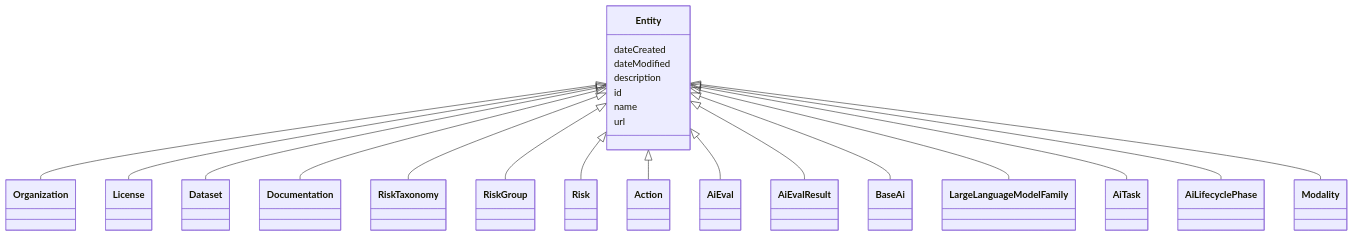
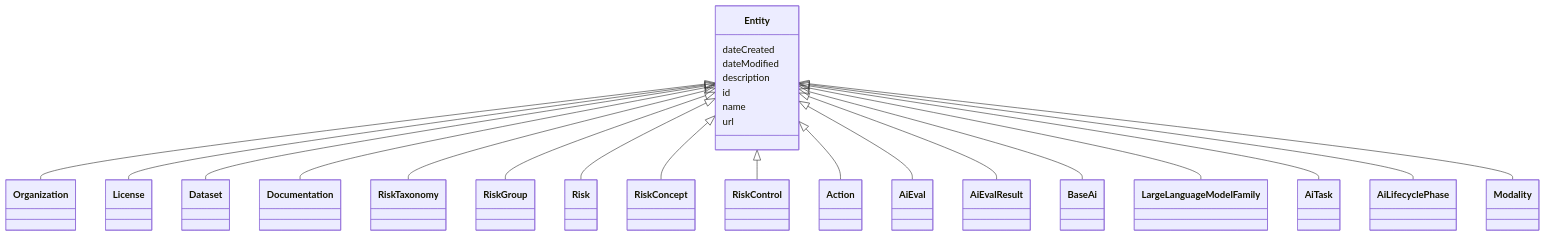
One commit to zrlfba/risk-atlas-nexus changed the diagram in docs/ontology/Entity.md. Above: the diagram before and after it, drawn with Mermaid. The commit also changed other lines of this file and 49 other files, not shown here.

````diff
--- a/docs/ontology/Entity.md
+++ b/docs/ontology/Entity.md
@@ -21,49 +21,53 @@
 ```mermaid
  classDiagram
     class Entity
     click Entity href "../Entity"
       Entity <|-- Organization
         click Organization href "../Organization"
       Entity <|-- License
         click License href "../License"
       Entity <|-- Dataset
         click Dataset href "../Dataset"
       Entity <|-- Documentation
         click Documentation href "../Documentation"
       Entity <|-- RiskTaxonomy
         click RiskTaxonomy href "../RiskTaxonomy"
       Entity <|-- RiskGroup
         click RiskGroup href "../RiskGroup"
       Entity <|-- Risk
         click Risk href "../Risk"
+      Entity <|-- RiskConcept
+        click RiskConcept href "../RiskConcept"
+      Entity <|-- RiskControl
+        click RiskControl href "../RiskControl"
       Entity <|-- Action
         click Action href "../Action"
       Entity <|-- AiEval
         click AiEval href "../AiEval"
       Entity <|-- AiEvalResult
         click AiEvalResult href "../AiEvalResult"
       Entity <|-- BaseAi
         click BaseAi href "../BaseAi"
       Entity <|-- LargeLanguageModelFamily
         click LargeLanguageModelFamily href "../LargeLanguageModelFamily"
       Entity <|-- AiTask
         click AiTask href "../AiTask"
       Entity <|-- AiLifecyclePhase
         click AiLifecyclePhase href "../AiLifecyclePhase"
       Entity <|-- Modality
         click Modality href "../Modality"
       
       Entity : dateCreated
         
       Entity : dateModified
         
       Entity : description
         
       Entity : id
         
       Entity : name
         
       Entity : url
         
       
 ```
````
